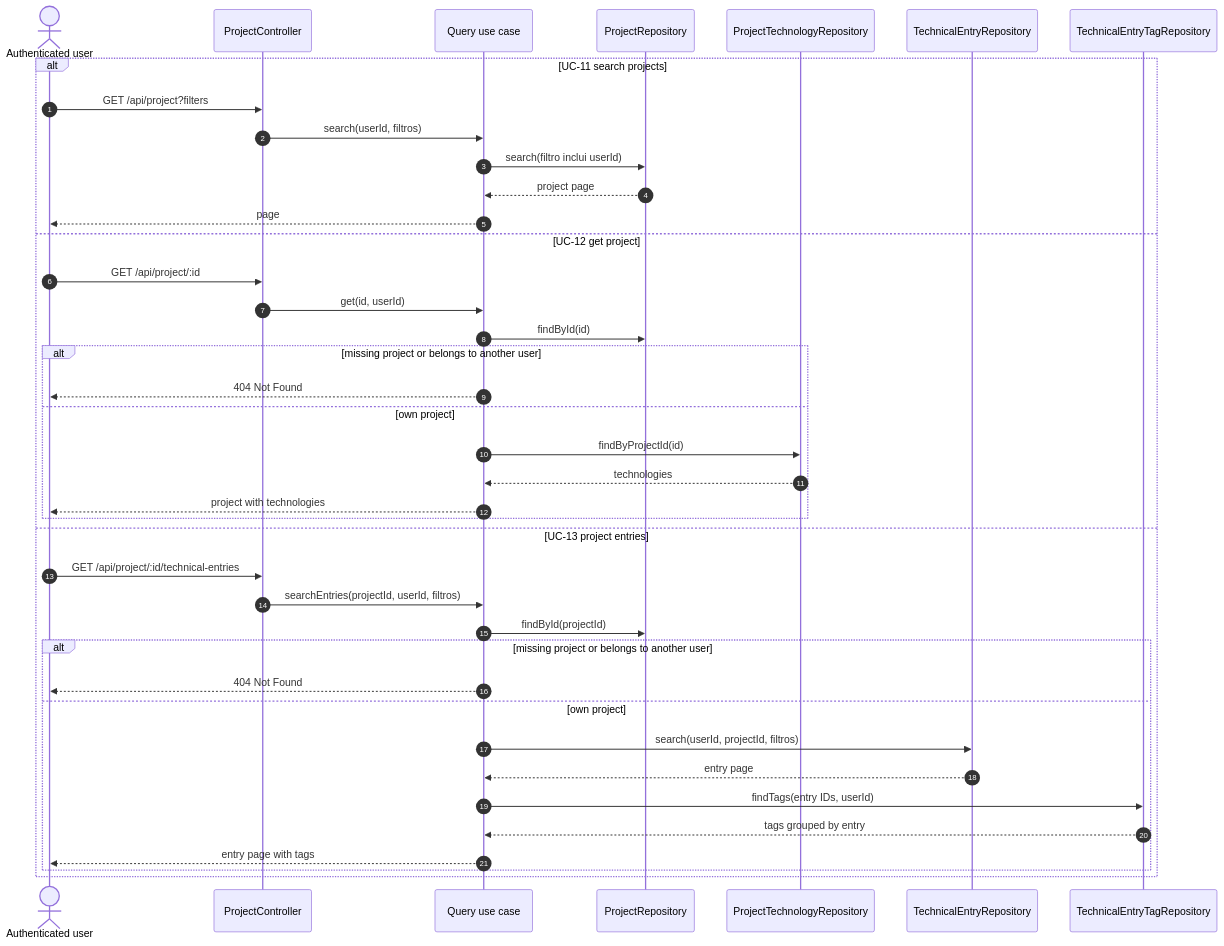
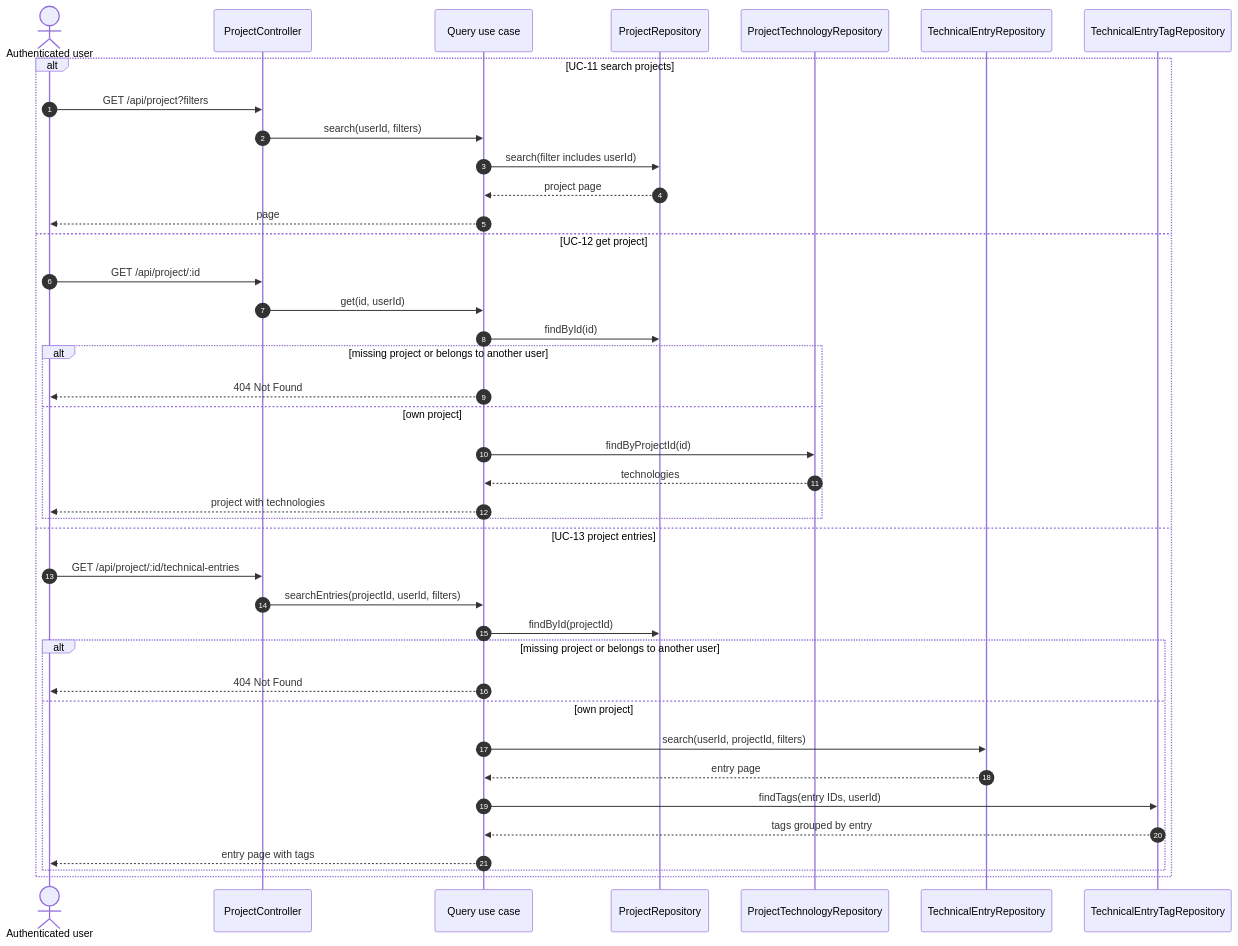
The second of 6 diagrams in docs/diagrams/sequences/projects.md (Lucalopezz/DevLog), drawn with Mermaid before and after one commit. The commit also changed other lines of this file and 68 other files, not shown here.

````diff
--- a/docs/diagrams/sequences/projects.md
+++ b/docs/diagrams/sequences/projects.md
@@ -30,43 +30,43 @@
 ```mermaid
 sequenceDiagram
     autonumber
     actor UserActor as Authenticated user
     participant C as ProjectController
     participant UC as Query use case
     participant PRepo as ProjectRepository
     participant TechRepo as ProjectTechnologyRepository
     participant ERepo as TechnicalEntryRepository
     participant LinkRepo as TechnicalEntryTagRepository
 
     alt UC-11 search projects
         UserActor->>C: GET /api/project?filters
-        C->>UC: search(userId, filtros)
-        UC->>PRepo: search(filtro inclui userId)
+        C->>UC: search(userId, filters)
+        UC->>PRepo: search(filter includes userId)
         PRepo-->>UC: project page
         UC-->>UserActor: page
     else UC-12 get project
         UserActor->>C: GET /api/project/:id
         C->>UC: get(id, userId)
         UC->>PRepo: findById(id)
         alt missing project or belongs to another user
             UC-->>UserActor: 404 Not Found
         else own project
             UC->>TechRepo: findByProjectId(id)
             TechRepo-->>UC: technologies
             UC-->>UserActor: project with technologies
         end
     else UC-13 project entries
         UserActor->>C: GET /api/project/:id/technical-entries
-        C->>UC: searchEntries(projectId, userId, filtros)
+        C->>UC: searchEntries(projectId, userId, filters)
         UC->>PRepo: findById(projectId)
         alt missing project or belongs to another user
             UC-->>UserActor: 404 Not Found
         else own project
-            UC->>ERepo: search(userId, projectId, filtros)
+            UC->>ERepo: search(userId, projectId, filters)
             ERepo-->>UC: entry page
             UC->>LinkRepo: findTags(entry IDs, userId)
             LinkRepo-->>UC: tags grouped by entry
             UC-->>UserActor: entry page with tags
         end
     end
 ```
````
